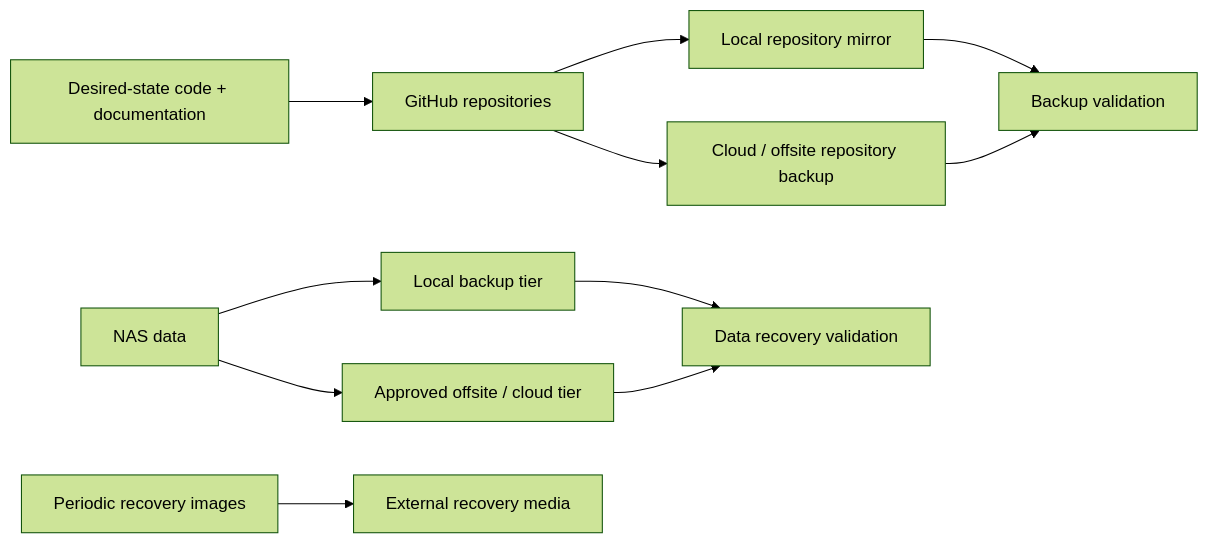
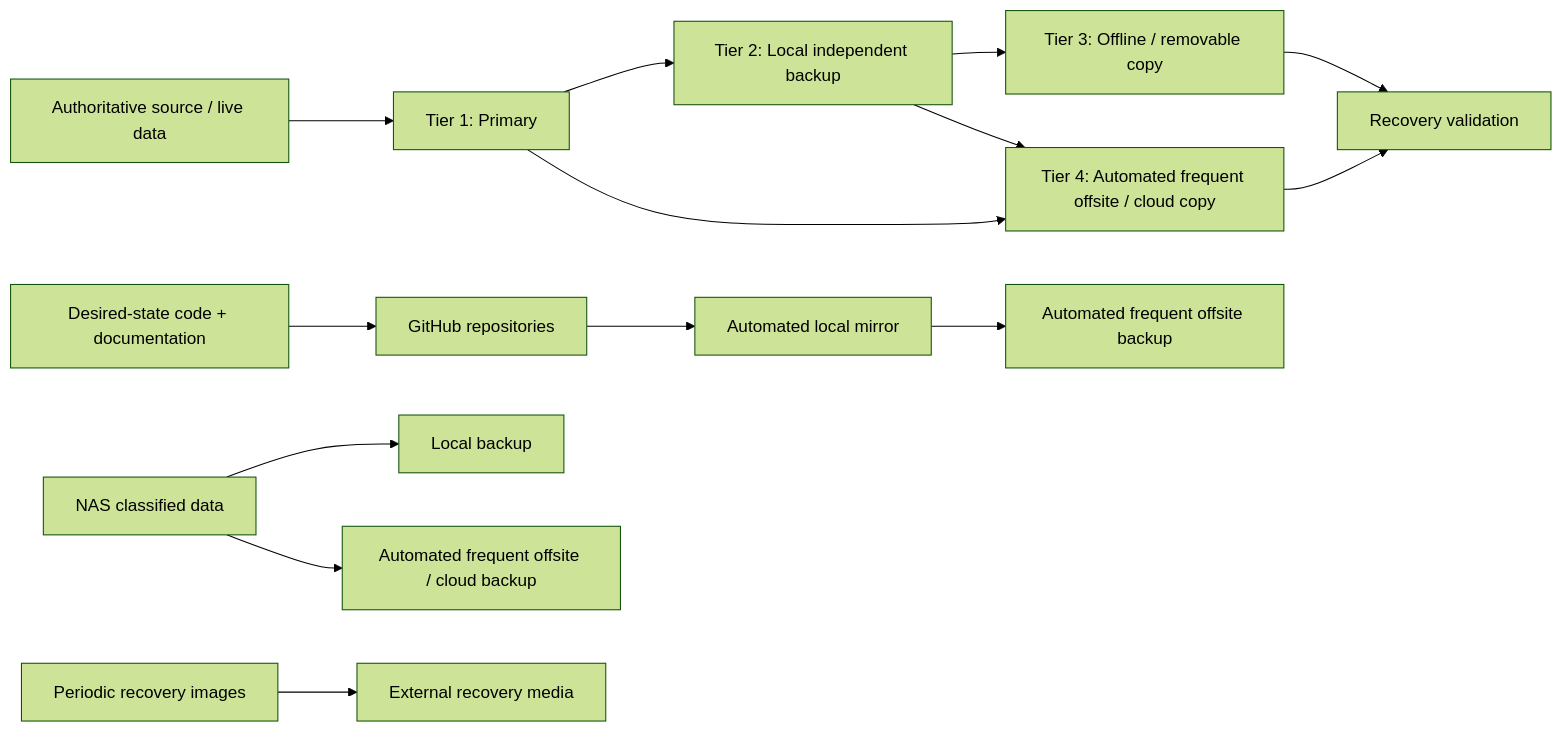
The second of 2 diagrams in docs/ARCHITECTURE-DRAFT.md (rathbunr/Operation-Desired-State), drawn with Mermaid (forest theme) before and after one commit. The commit also changed other lines of this file, not shown here.

Commit message:
docs: define tier-4 automated frequent offsite backup

````diff
--- a/docs/ARCHITECTURE-DRAFT.md
+++ b/docs/ARCHITECTURE-DRAFT.md
@@ -38,15 +40,19 @@
 ```mermaid
 flowchart LR
-    GH[GitHub repositories] --> LB[Local repository mirror]
-    GH --> CB[Cloud / offsite repository backup]
-    LB --> VB[Backup validation]
-    CB --> VB
+    SRC[Authoritative source / live data] --> T1[Tier 1: Primary]
+    T1 --> T2[Tier 2: Local independent backup]
+    T2 --> T3[Tier 3: Offline / removable copy]
+    T1 --> T4[Tier 4: Automated frequent offsite / cloud copy]
+    T2 --> T4
+    T3 --> RV[Recovery validation]
+    T4 --> RV
 
-    NAS[NAS data] --> LC[Local backup tier]
-    NAS --> OC[Approved offsite / cloud tier]
-    LC --> DV[Data recovery validation]
-    OC --> DV
+    GH[GitHub repositories] --> MIRROR[Automated local mirror]
+    MIRROR --> OFFSITE[Automated frequent offsite backup]
+
+    NAS[NAS classified data] --> LOCAL[Local backup]
+    NAS --> CLOUD[Automated frequent offsite / cloud backup]
 
     CFG[Desired-state code + documentation] --> GH
     IMG[Periodic recovery images] --> RM[External recovery media]
 ```
````
